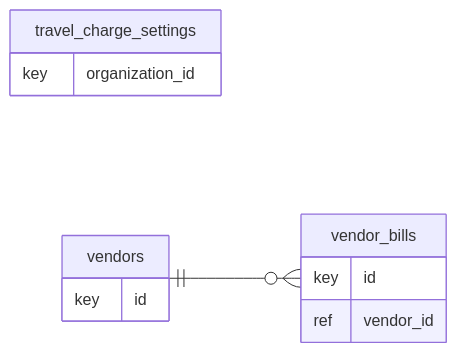
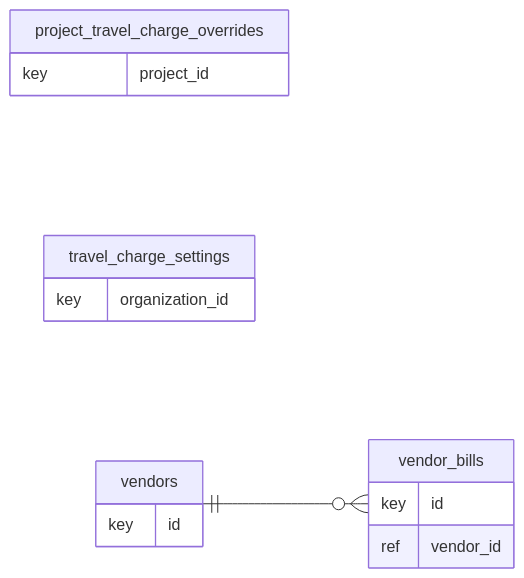
One commit to High-Performance-Structures/compass changed the diagram in docs/manual/diagrams/er-financials-4.mmd. Above: the diagram before and after it, drawn with Mermaid. The commit also changed 27 other files, not shown here.

```diff
--- a/docs/manual/diagrams/er-financials-4.mmd
+++ b/docs/manual/diagrams/er-financials-4.mmd
@@ -1,13 +1,16 @@
 erDiagram
   direction LR
+  project_travel_charge_overrides {
+    key project_id
+  }
   travel_charge_settings {
     key organization_id
   }
   vendor_bills {
     key id
     ref vendor_id
   }
   vendors {
     key id
   }
   vendors ||--o{ vendor_bills : ""
```
